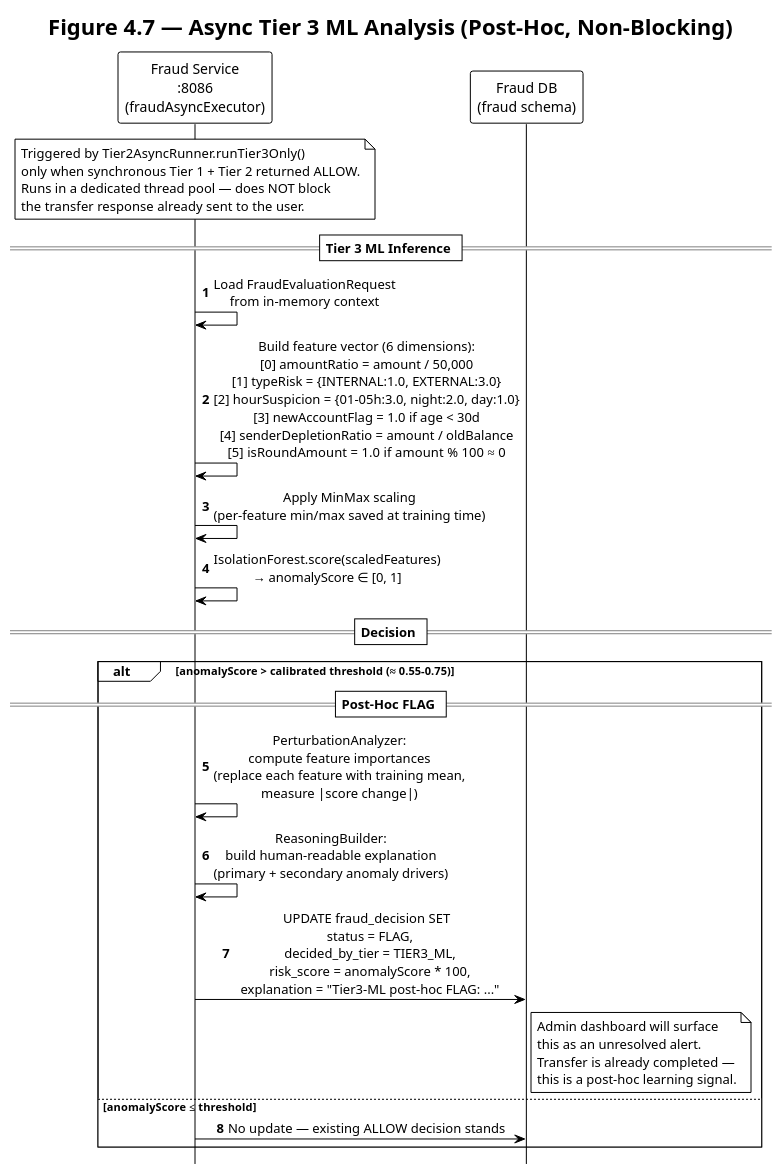
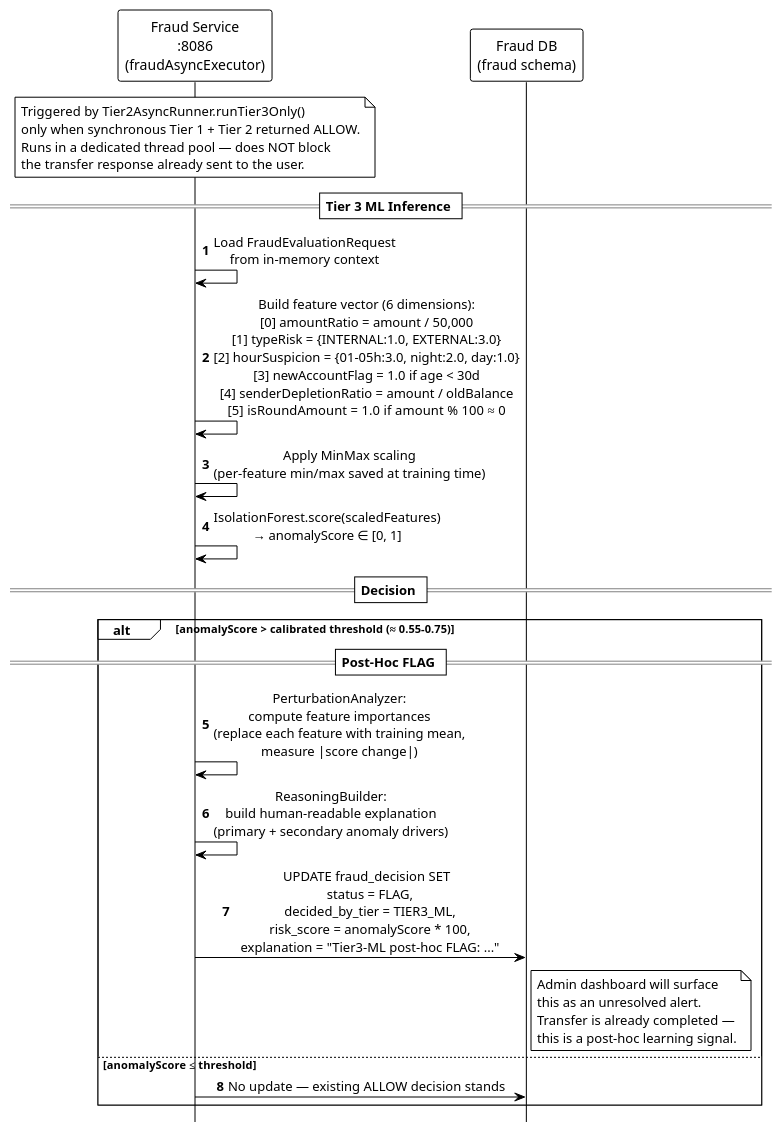
Before and after one commit to TurcanuTeodor/Online-Internet-Banking: the diagram in docs/architecture/chapter5/transfer-flow-async-fraud.puml, drawn with PlantUML. The commit also changed 6 other files, not shown here.

```diff
--- a/docs/architecture/chapter5/transfer-flow-async-fraud.puml
+++ b/docs/architecture/chapter5/transfer-flow-async-fraud.puml
@@ -1,43 +1,42 @@
 @startuml Transfer_Flow_Async_Tier3
 !theme plain
 autonumber
 hide footbox
 skinparam backgroundColor white
 skinparam defaultFontName "Segoe UI"
 skinparam sequenceMessageAlign center
 
-title Figure 4.7 — Async Tier 3 ML Analysis (Post-Hoc, Non-Blocking)
-
+ 
 participant "Fraud Service\n:8086\n(fraudAsyncExecutor)" as FRAUD
 participant "Fraud DB\n(fraud schema)" as DB
 
 note over FRAUD
   Triggered by Tier2AsyncRunner.runTier3Only()
   only when synchronous Tier 1 + Tier 2 returned ALLOW.
   Runs in a dedicated thread pool — does NOT block
   the transfer response already sent to the user.
 end note
 
 == Tier 3 ML Inference ==
 FRAUD -> FRAUD : Load FraudEvaluationRequest\nfrom in-memory context
 FRAUD -> FRAUD : Build feature vector (6 dimensions):\n[0] amountRatio = amount / 50,000\n[1] typeRisk = {INTERNAL:1.0, EXTERNAL:3.0}\n[2] hourSuspicion = {01-05h:3.0, night:2.0, day:1.0}\n[3] newAccountFlag = 1.0 if age < 30d\n[4] senderDepletionRatio = amount / oldBalance\n[5] isRoundAmount = 1.0 if amount % 100 ≈ 0
 FRAUD -> FRAUD : Apply MinMax scaling\n(per-feature min/max saved at training time)
 FRAUD -> FRAUD : IsolationForest.score(scaledFeatures)\n→ anomalyScore ∈ [0, 1]
 
 == Decision ==
 alt anomalyScore > calibrated threshold (≈ 0.55–0.75)
   == Post-Hoc FLAG ==
   FRAUD -> FRAUD : PerturbationAnalyzer:\ncompute feature importances\n(replace each feature with training mean,\nmeasure |score change|)
   FRAUD -> FRAUD : ReasoningBuilder:\nbuild human-readable explanation\n(primary + secondary anomaly drivers)
   FRAUD -> DB : UPDATE fraud_decision SET\n  status = FLAG,\n  decided_by_tier = TIER3_ML,\n  risk_score = anomalyScore * 100,\n  explanation = "Tier3-ML post-hoc FLAG: ..."
   note right of DB
     Admin dashboard will surface
     this as an unresolved alert.
     Transfer is already completed —
     this is a post-hoc learning signal.
   end note
 else anomalyScore ≤ threshold
   FRAUD -> DB : No update — existing ALLOW decision stands
 end
 
 @enduml
```
